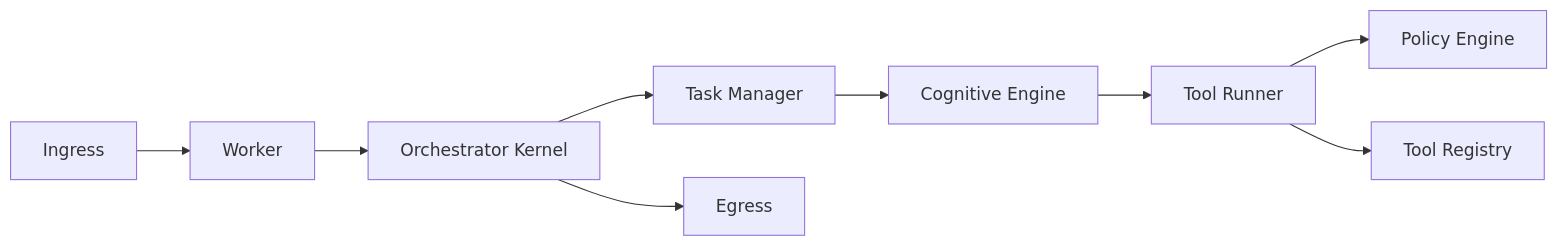
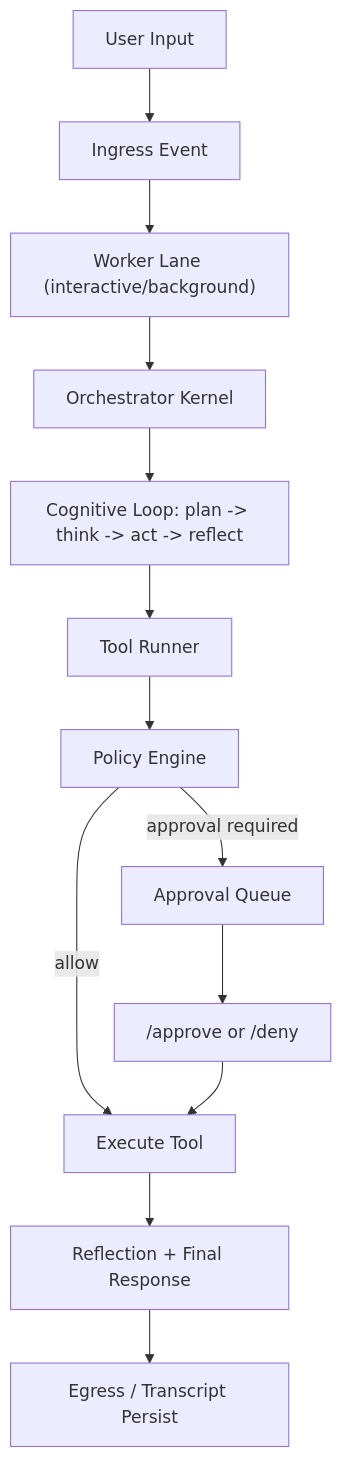
The fourth of 5 diagrams in README.md (harunnryd/heike), drawn with Mermaid before and after one commit. The commit also changed other lines of this file, not shown here.

````diff
--- a/README.md
+++ b/README.md
@@ -61,11 +324,15 @@
 ```mermaid
-flowchart LR
-  A["Ingress"] --> B["Worker"]
-  B --> C["Orchestrator Kernel"]
-  C --> D["Task Manager"]
-  D --> E["Cognitive Engine"]
-  E --> F["Tool Runner"]
-  F --> G["Policy Engine"]
-  F --> H["Tool Registry"]
-  C --> I["Egress"]
+flowchart TD
+  U["User Input"] --> I["Ingress Event"]
+  I --> W["Worker Lane (interactive/background)"]
+  W --> O["Orchestrator Kernel"]
+  O --> C["Cognitive Loop: plan -> think -> act -> reflect"]
+  C --> T["Tool Runner"]
+  T --> P["Policy Engine"]
+  P -->|allow| X["Execute Tool"]
+  P -->|approval required| A["Approval Queue"]
+  A --> CMD["/approve <id> or /deny <id>"]
+  CMD --> X
+  X --> R["Reflection + Final Response"]
+  R --> E["Egress / Transcript Persist"]
 ```
````
